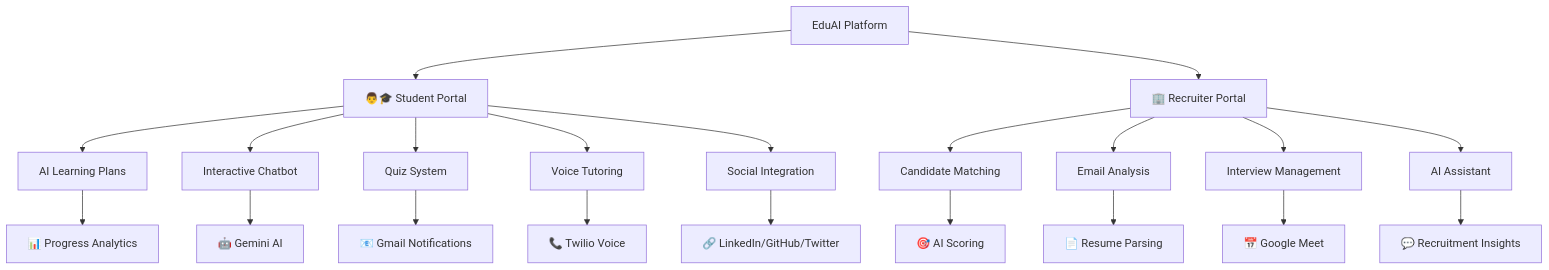
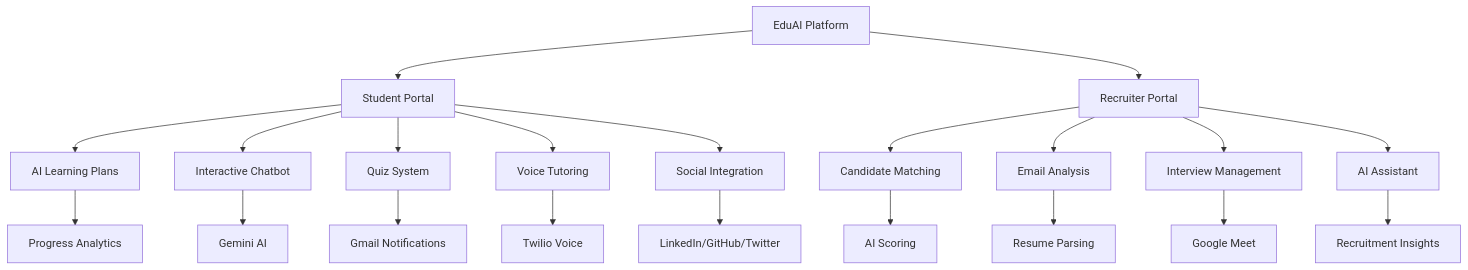
The first of 13 diagrams in README.md (abhiabhi150614/learning-recruiter-platform), drawn with Mermaid before and after one commit. The commit also changed other lines of this file, not shown here.

````diff
--- a/README.md
+++ b/README.md
@@ -17,27 +18,27 @@
 ```mermaid
 graph TB
-    A[EduAI Platform] --> B[👨🎓 Student Portal]
-    A --> C[🏢 Recruiter Portal]
+    A[EduAI Platform] --> B[Student Portal]
+    A --> C[Recruiter Portal]
     
     B --> D[AI Learning Plans]
     B --> E[Interactive Chatbot]
     B --> F[Quiz System]
     B --> G[Voice Tutoring]
     B --> H[Social Integration]
     
     C --> I[Candidate Matching]
     C --> J[Email Analysis]
     C --> K[Interview Management]
     C --> L[AI Assistant]
     
-    D --> M[📊 Progress Analytics]
-    E --> N[🤖 Gemini AI]
-    F --> O[📧 Gmail Notifications]
-    G --> P[📞 Twilio Voice]
-    H --> Q[🔗 LinkedIn/GitHub/Twitter]
+    D --> M[Progress Analytics]
+    E --> N[Gemini AI]
+    F --> O[Gmail Notifications]
+    G --> P[Twilio Voice]
+    H --> Q[LinkedIn/GitHub/Twitter]
     
-    I --> R[🎯 AI Scoring]
-    J --> S[📄 Resume Parsing]
-    K --> T[📅 Google Meet]
-    L --> U[💬 Recruitment Insights]
+    I --> R[AI Scoring]
+    J --> S[Resume Parsing]
+    K --> T[Google Meet]
+    L --> U[Recruitment Insights]
 ```
````
